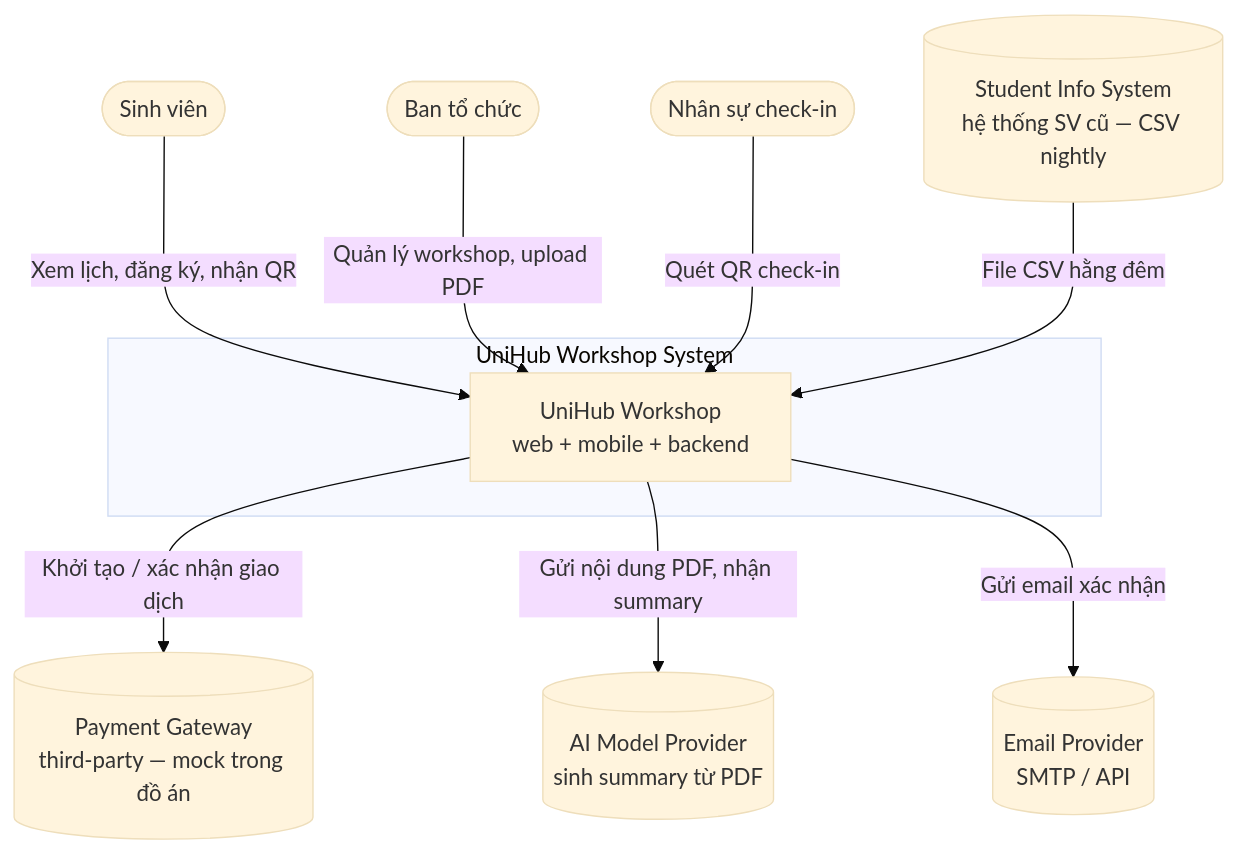
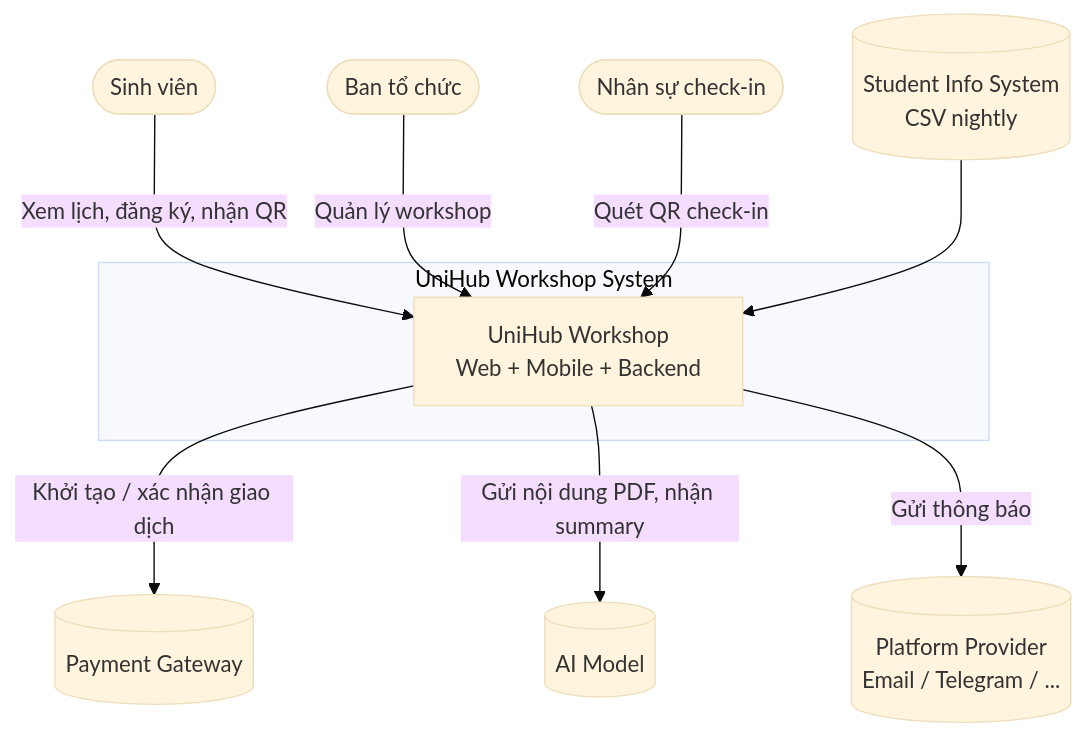
One commit to thinhngoo/UniHub-Workshop changed the diagram in blueprint/design.md. Above: the diagram before and after it, drawn with Mermaid (base theme). The commit also changed other lines of this file and 13 other files, not shown here.

````diff
--- a/blueprint/design.md
+++ b/blueprint/design.md
@@ -45,24 +14,24 @@
 ```mermaid
 flowchart TB
     SV([Sinh viên])
     BTC([Ban tổ chức])
     NSC([Nhân sự check-in])
 
     subgraph UH[UniHub Workshop System]
-        Core[UniHub Workshop<br/>web + mobile + backend]
+        Core[UniHub Workshop<br/>Web + Mobile + Backend]
     end
 
-    PG[(Payment Gateway<br/>third-party — mock trong đồ án)]
-    AI[(AI Model Provider<br/>sinh summary từ PDF)]
-    SIS[(Student Info System<br/>hệ thống SV cũ — CSV nightly)]
-    MAIL[(Email Provider<br/>SMTP / API)]
+    PG[(Payment Gateway)]
+    AI[(AI Model)]
+    SIS[(Student Info System<br/>CSV nightly)]
+    NOTI[(Platform Provider<br/>Email / Telegram / ...)]
 
     SV  -- Xem lịch, đăng ký, nhận QR --> Core
-    BTC -- Quản lý workshop, upload PDF --> Core
+    BTC -- Quản lý workshop --> Core
     NSC -- Quét QR check-in --> Core
+    SIS --> Core
 
     Core -- Khởi tạo / xác nhận giao dịch --> PG
     Core -- Gửi nội dung PDF, nhận summary --> AI
-    SIS -- File CSV hằng đêm --> Core
-    Core -- Gửi email xác nhận --> MAIL
+    Core -- Gửi thông báo --> NOTI
 ```
````
